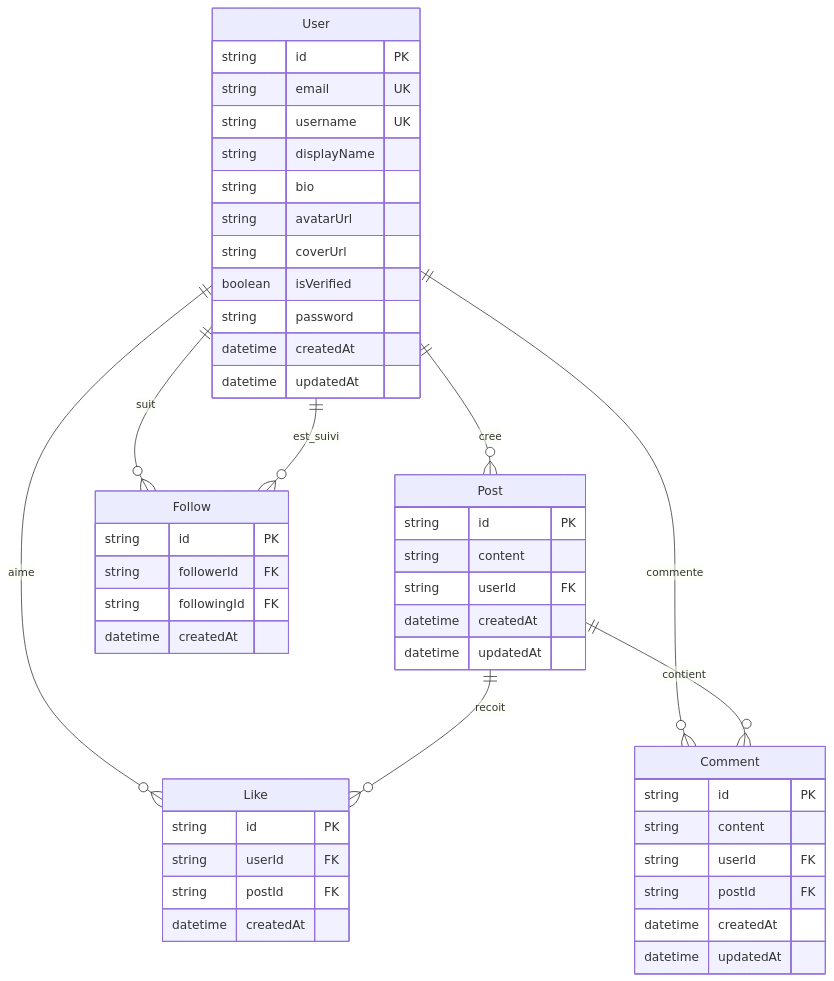
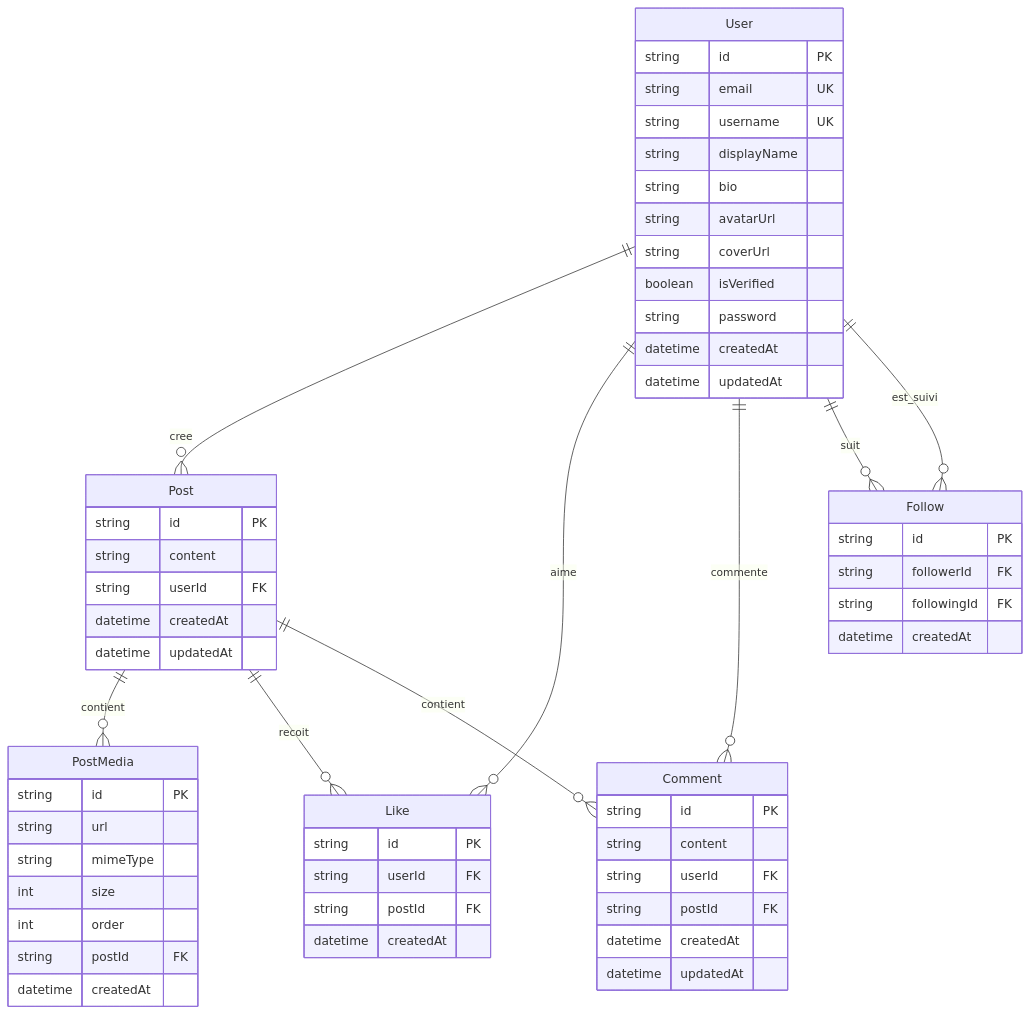
One commit to mikellachasseurdegwap/borokulture changed the second of 9 diagrams in docs/02-diagrammes.md. Above: the diagram before and after it, drawn with Mermaid. The commit also changed other lines of this file and 11 other files, not shown here.

````diff
--- a/docs/02-diagrammes.md
+++ b/docs/02-diagrammes.md
@@ -36,55 +36,66 @@
 ```mermaid
 erDiagram
     User ||--o{ Post : cree
     User ||--o{ Like : aime
     User ||--o{ Comment : commente
     User ||--o{ Follow : suit
     User ||--o{ Follow : est_suivi
+    Post ||--o{ PostMedia : contient
     Post ||--o{ Like : recoit
     Post ||--o{ Comment : contient
 
     User {
         string id PK
         string email UK
         string username UK
         string displayName
         string bio
         string avatarUrl
         string coverUrl
         boolean isVerified
         string password
         datetime createdAt
         datetime updatedAt
     }
 
     Post {
         string id PK
         string content
         string userId FK
         datetime createdAt
         datetime updatedAt
     }
 
+    PostMedia {
+        string id PK
+        string url
+        string mimeType
+        int size
+        int order
+        string postId FK
+        datetime createdAt
+    }
+
     Like {
         string id PK
         string userId FK
         string postId FK
         datetime createdAt
     }
 
     Comment {
         string id PK
         string content
         string userId FK
         string postId FK
         datetime createdAt
         datetime updatedAt
     }
 
     Follow {
         string id PK
         string followerId FK
         string followingId FK
         datetime createdAt
     }
 ```
````
